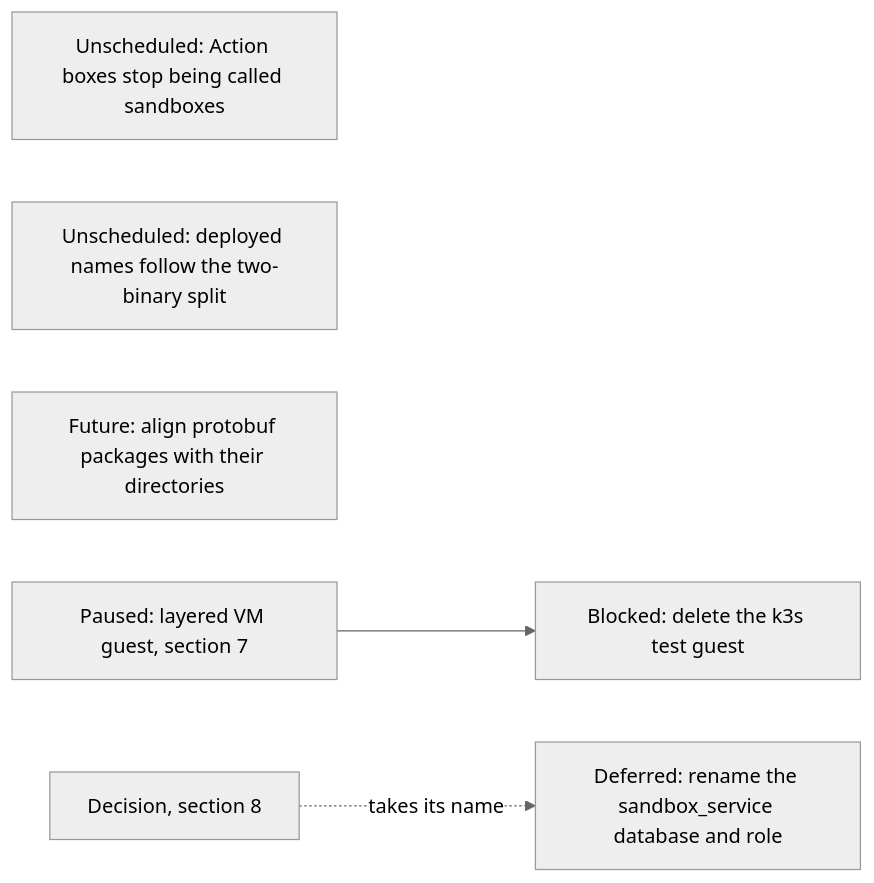
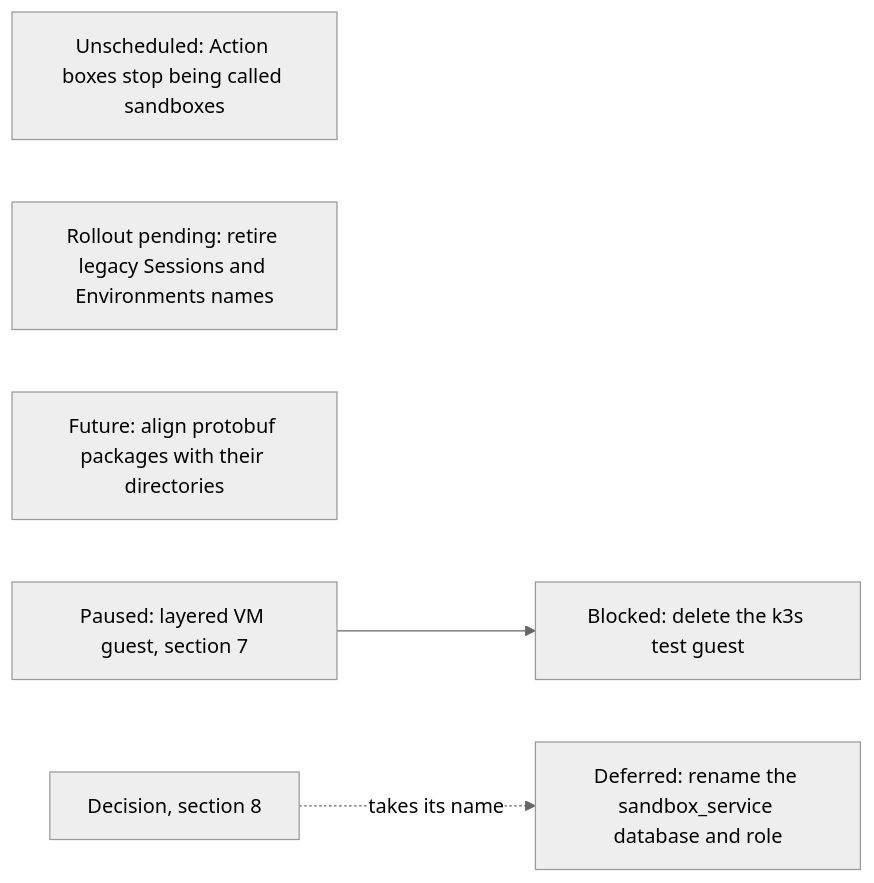
One commit to agentydragon/ducktape changed diagram 17 of 19 in agentplane/plans/task_dag.md. Above: the diagram before and after it, drawn with Mermaid (neutral theme). The commit also changed other lines of this file and 80 other files, not shown here.

Commit message:
Retire the legacy Agentplane service names

````diff
--- a/agentplane/plans/task_dag.md
+++ b/agentplane/plans/task_dag.md
@@ -3646,8 +3646,8 @@
 ```mermaid
 flowchart LR
     ACTION_BOX_RENAME[Unscheduled: Action boxes stop being called sandboxes]
-    RUNNER_GATEWAY_RENAME[Unscheduled: deployed names follow the two-binary split]
+    RUNNER_GATEWAY_RENAME[Rollout pending: retire legacy Sessions and Environments names]
     PROTO_PACKAGE_ALIGNMENT[Future: align protobuf packages with their directories]
     RUNNER_LAYERING_VM[Paused: layered VM guest, section 7] --> K3S_TEST_GUEST_RETIRE[Blocked: delete the k3s test guest]
     HISTORY_SERVICE_RENAME[Decision, section 8] -. takes its name .-> HISTORY_DATABASE_RENAME[Deferred: rename the sandbox_service database and role]
 ```
````
